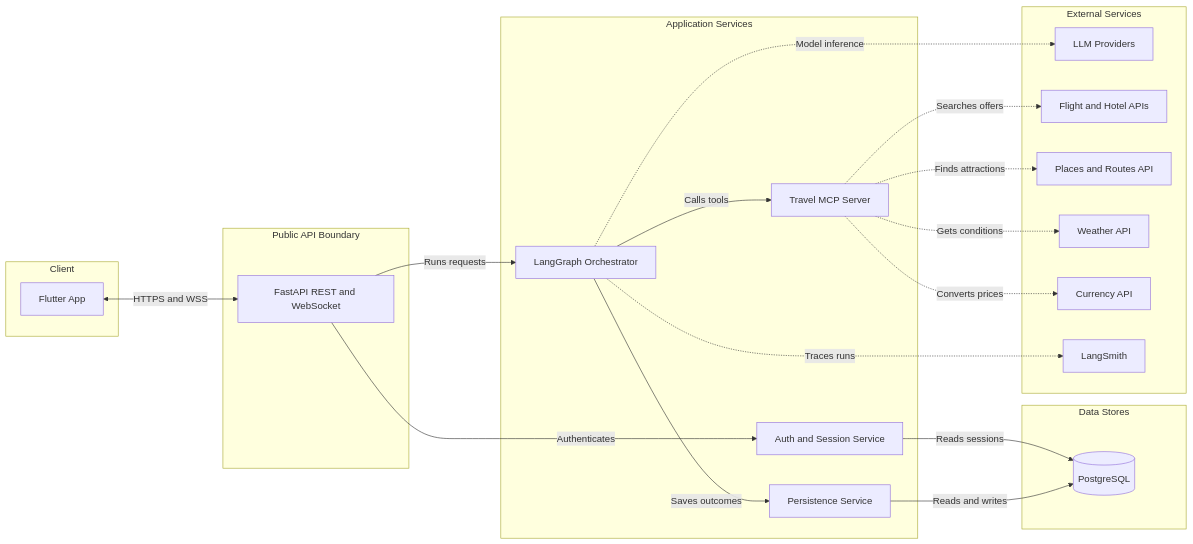
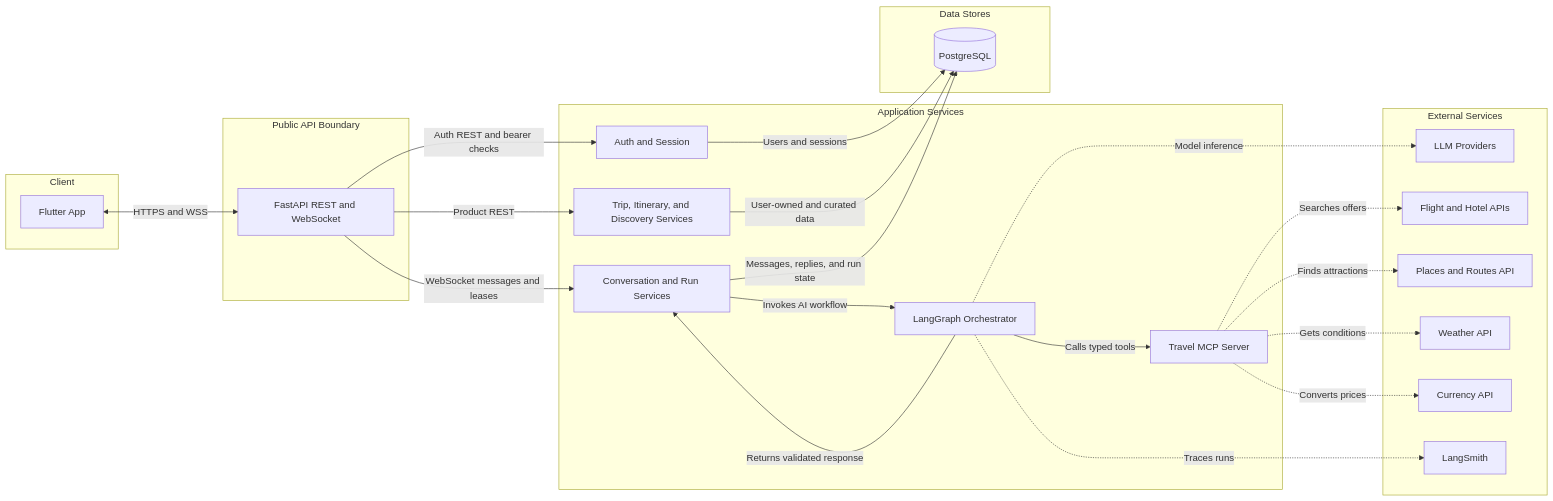
Before and after one commit to manipoint/map-server: the first of 2 diagrams in docs/architecture.md, drawn with Mermaid. The commit also changed other lines of this file and 86 other files, not shown here.

````diff
--- a/docs/architecture.md
+++ b/docs/architecture.md
@@ -13,44 +13,48 @@
 ```mermaid
 flowchart LR
     subgraph client ["Client"]
         flutter["Flutter App"]
     end
 
     subgraph gateway ["Public API Boundary"]
         fastapi["FastAPI REST and WebSocket"]
     end
 
     subgraph service ["Application Services"]
-        auth["Auth and Session Service"]
+        auth["Auth and Session"]
+        product["Trip, Itinerary, and Discovery Services"]
+        conversations["Conversation and Run Services"]
         orchestrator["LangGraph Orchestrator"]
         mcp["Travel MCP Server"]
-        persistence["Persistence Service"]
     end
 
     subgraph datastore ["Data Stores"]
         postgres[("PostgreSQL")]
     end
 
     subgraph external ["External Services"]
         llms["LLM Providers"]
         travel["Flight and Hotel APIs"]
         places["Places and Routes API"]
         weather["Weather API"]
         currency["Currency API"]
         langsmith["LangSmith"]
     end
 
     flutter <-->|"HTTPS and WSS"| fastapi
-    fastapi -->|"Authenticates"| auth
-    fastapi -->|"Runs requests"| orchestrator
-    orchestrator -->|"Calls tools"| mcp
-    orchestrator -->|"Saves outcomes"| persistence
-    auth -->|"Reads sessions"| postgres
-    persistence -->|"Reads and writes"| postgres
+    fastapi -->|"Auth REST and bearer checks"| auth
+    fastapi -->|"Product REST"| product
+    fastapi -->|"WebSocket messages and leases"| conversations
+    conversations -->|"Invokes AI workflow"| orchestrator
+    orchestrator -->|"Returns validated response"| conversations
+    orchestrator -->|"Calls typed tools"| mcp
+    auth -->|"Users and sessions"| postgres
+    product -->|"User-owned and curated data"| postgres
+    conversations -->|"Messages, replies, and run state"| postgres
     orchestrator -.->|"Model inference"| llms
     orchestrator -.->|"Traces runs"| langsmith
     mcp -.->|"Searches offers"| travel
     mcp -.->|"Finds attractions"| places
     mcp -.->|"Gets conditions"| weather
     mcp -.->|"Converts prices"| currency
 ```
````
